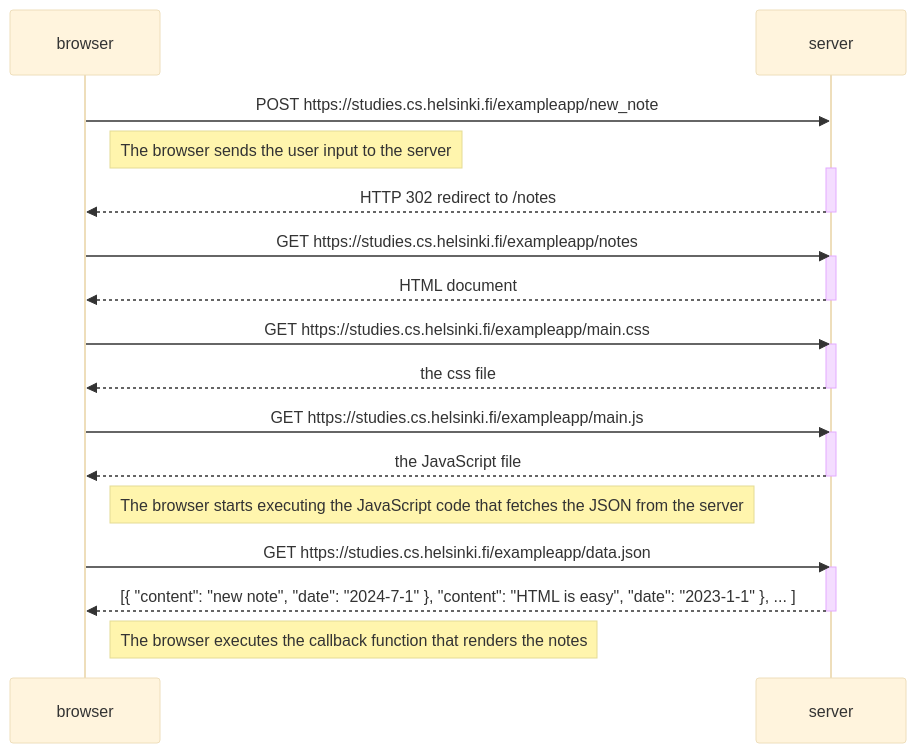
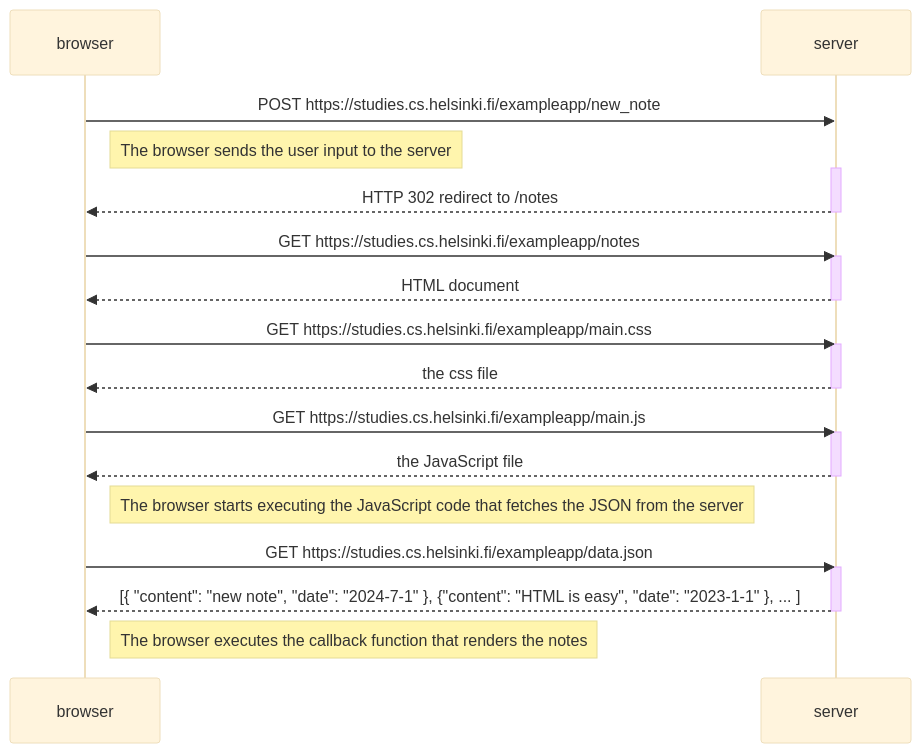
One commit to st-yang/fullstackopen changed the diagram in part0/0.4-new_note_diagram.md. Above: the diagram before and after it, drawn with Mermaid (base theme).

Commit message:
add missing brace

````diff
--- a/part0/0.4-new_note_diagram.md
+++ b/part0/0.4-new_note_diagram.md
@@ -1,37 +1,37 @@
 ```mermaid
 sequenceDiagram
 participant browser
 participant server
 
     browser->>server: POST https://studies.cs.helsinki.fi/exampleapp/new_note
 
     Note right of browser: The browser sends the user input to the server
 
     activate server
     server-->>browser: HTTP 302 redirect to /notes
     deactivate server
 
     browser->>server: GET https://studies.cs.helsinki.fi/exampleapp/notes
     activate server
     server-->>browser: HTML document
     deactivate server
 
     browser->>server: GET https://studies.cs.helsinki.fi/exampleapp/main.css
     activate server
     server-->>browser: the css file
     deactivate server
 
     browser->>server: GET https://studies.cs.helsinki.fi/exampleapp/main.js
     activate server
     server-->>browser: the JavaScript file
     deactivate server
 
     Note right of browser: The browser starts executing the JavaScript code that fetches the JSON from the server
 
     browser->>server: GET https://studies.cs.helsinki.fi/exampleapp/data.json
     activate server
-    server-->>browser: [{ "content": "new note", "date": "2024-7-1" }, "content": "HTML is easy", "date": "2023-1-1" }, ... ]
+    server-->>browser: [{ "content": "new note", "date": "2024-7-1" }, {"content": "HTML is easy", "date": "2023-1-1" }, ... ]
     deactivate server
 
     Note right of browser: The browser executes the callback function that renders the notes
 ```
````
